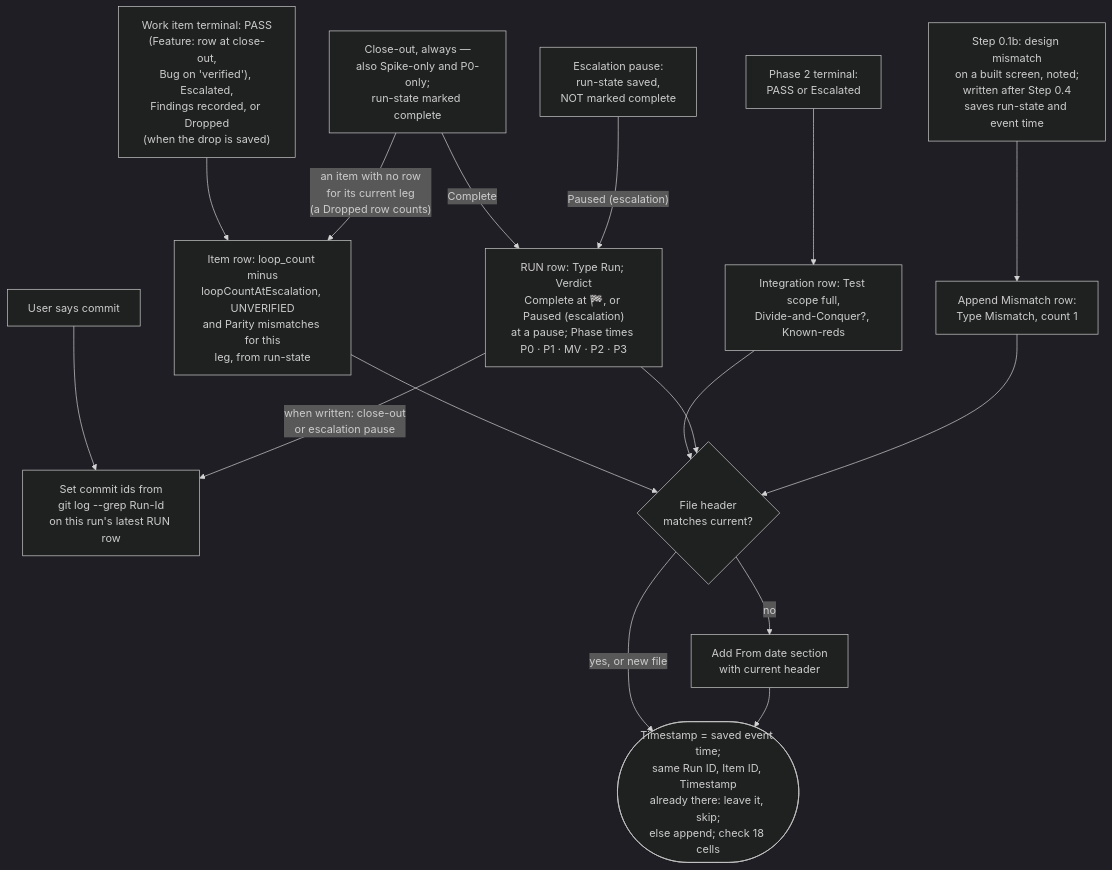
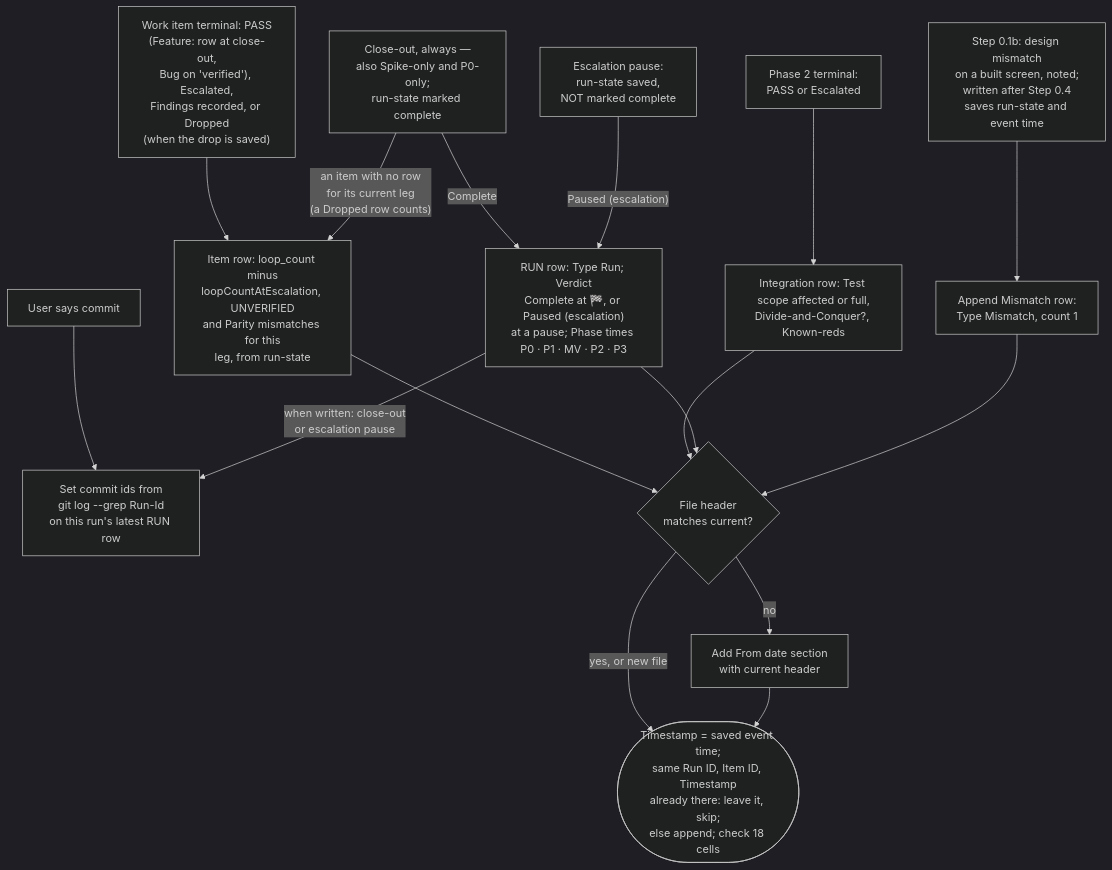
The diagram in skills/orchestrator-development-pattern/mermaid/09-metrics.md (muhammedalikhan86/claude-stash), drawn with Mermaid (dark theme) before and after one commit. The commit also changed 18 other files, not shown here.

````diff
--- a/skills/orchestrator-development-pattern/mermaid/09-metrics.md
+++ b/skills/orchestrator-development-pattern/mermaid/09-metrics.md
@@ -6,32 +6,32 @@
 ```mermaid
 flowchart TD
     Item["Work item terminal: PASS<br/>(Feature: row at close-out,<br/>Bug on 'verified'), Escalated,<br/>Findings recorded, or Dropped<br/>(when the drop is saved)"]
     Int["Phase 2 terminal:<br/>PASS or Escalated"]
     Close["Close-out, always —<br/>also Spike-only and P0-only;<br/>run-state marked complete"]
     Pause["Escalation pause:<br/>run-state saved,<br/>NOT marked complete"]
     Mis["Step 0.1b: design mismatch<br/>on a built screen, noted;<br/>written after Step 0.4<br/>saves run-state and event time"]
     RowI["Item row: loop_count minus<br/>loopCountAtEscalation, UNVERIFIED<br/>and Parity mismatches for this<br/>leg, from run-state"]
-    RowInt["Integration row: Test scope full,<br/>Divide-and-Conquer?, Known-reds"]
+    RowInt["Integration row: Test scope affected or full,<br/>Divide-and-Conquer?, Known-reds"]
     RowRun["RUN row: Type Run; Verdict<br/>Complete at 🏁, or Paused (escalation)<br/>at a pause; Phase times P0 · P1 · MV · P2 · P3"]
     Commit["User says commit"]
     Ids["Set commit ids from<br/>git log --grep Run-Id<br/>on this run's latest RUN row"]
     RowM["Append Mismatch row:<br/>Type Mismatch, count 1"]
     Hdr{"File header<br/>matches current?"}
     New["Add From date section<br/>with current header"]
     App(["Timestamp = saved event time;<br/>same Run ID, Item ID, Timestamp<br/>already there: leave it, skip;<br/>else append; check 18 cells"])
 
     Item --> RowI
     Int --> RowInt
     Close -->|"an item with no row<br/>for its current leg<br/>(a Dropped row counts)"| RowI
     Close -->|"Complete"| RowRun
     Pause -->|"Paused (escalation)"| RowRun
     Mis --> RowM
     Commit --> Ids
     RowRun -->|"when written: close-out<br/>or escalation pause"| Ids
     RowI --> Hdr
     RowInt --> Hdr
     RowRun --> Hdr
     RowM --> Hdr
     Hdr -->|"yes, or new file"| App
     Hdr -->|no| New --> App
 ```
````
